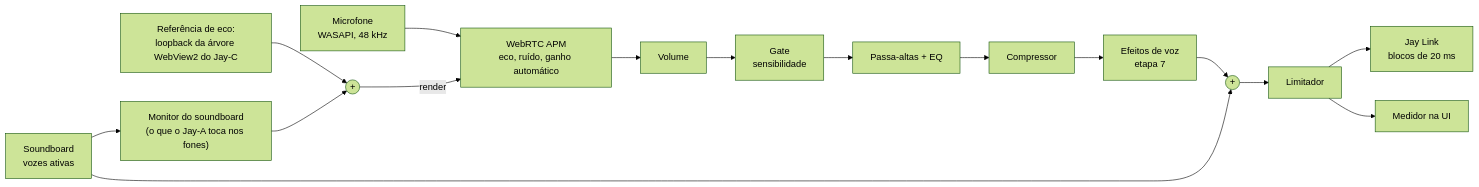
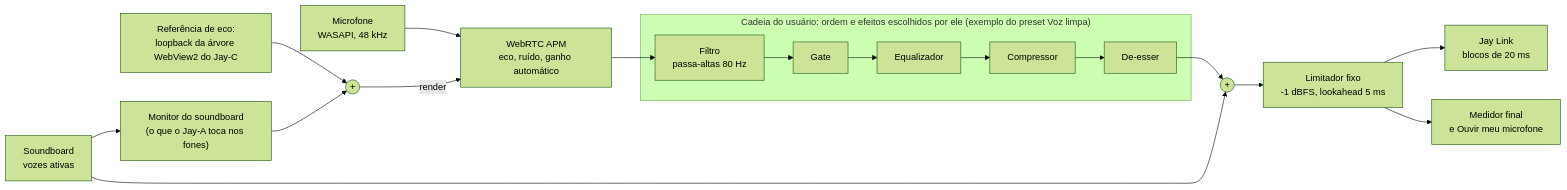
Before and after one commit to TyxMatty/Jay-A: the third of 9 diagrams in docs/ARQUITETURA.md, drawn with Mermaid (forest theme). The commit also changed other lines of this file and 7 other files, not shown here.

Commit message:
Licença MIT; estudo do EasyEffects e do Carla; requisitos e cadeia de efeitos no plano

````diff
--- a/docs/ARQUITETURA.md
+++ b/docs/ARQUITETURA.md
@@ -118,13 +167,16 @@
 ```mermaid
 flowchart LR
   M["Microfone<br/>WASAPI, 48 kHz"] --> APM
   REF["Referência de eco:<br/>loopback da árvore WebView2 do Jay-C"] --> SUM(("+"))
   MON["Monitor do soundboard<br/>(o que o Jay-A toca nos fones)"] --> SUM
   SUM -- "render" --> APM["WebRTC APM<br/>eco, ruído, ganho automático"]
-  APM --> G["Volume"] --> GT["Gate<br/>sensibilidade"] --> EQ["Passa-altas + EQ"] --> CP["Compressor"] --> FX["Efeitos de voz<br/>etapa 7"]
-  FX --> MIX(("+"))
+  APM --> R1
+  subgraph RACK["Cadeia do usuário: ordem e efeitos escolhidos por ele (exemplo do preset Voz limpa)"]
+    R1["Filtro<br/>passa-altas 80 Hz"] --> R2["Gate"] --> R3["Equalizador"] --> R4["Compressor"] --> R5["De-esser"]
+  end
+  R5 --> MIX(("+"))
   SB["Soundboard<br/>vozes ativas"] --> MIX
   SB --> MON
-  MIX --> LIM["Limitador"] --> OUT["Jay Link<br/>blocos de 20 ms"]
-  LIM --> MET["Medidor na UI"]
+  MIX --> LIM["Limitador fixo<br/>-1 dBFS, lookahead 5 ms"] --> OUT["Jay Link<br/>blocos de 20 ms"]
+  LIM --> MET["Medidor final<br/>e Ouvir meu microfone"]
 ```
````
